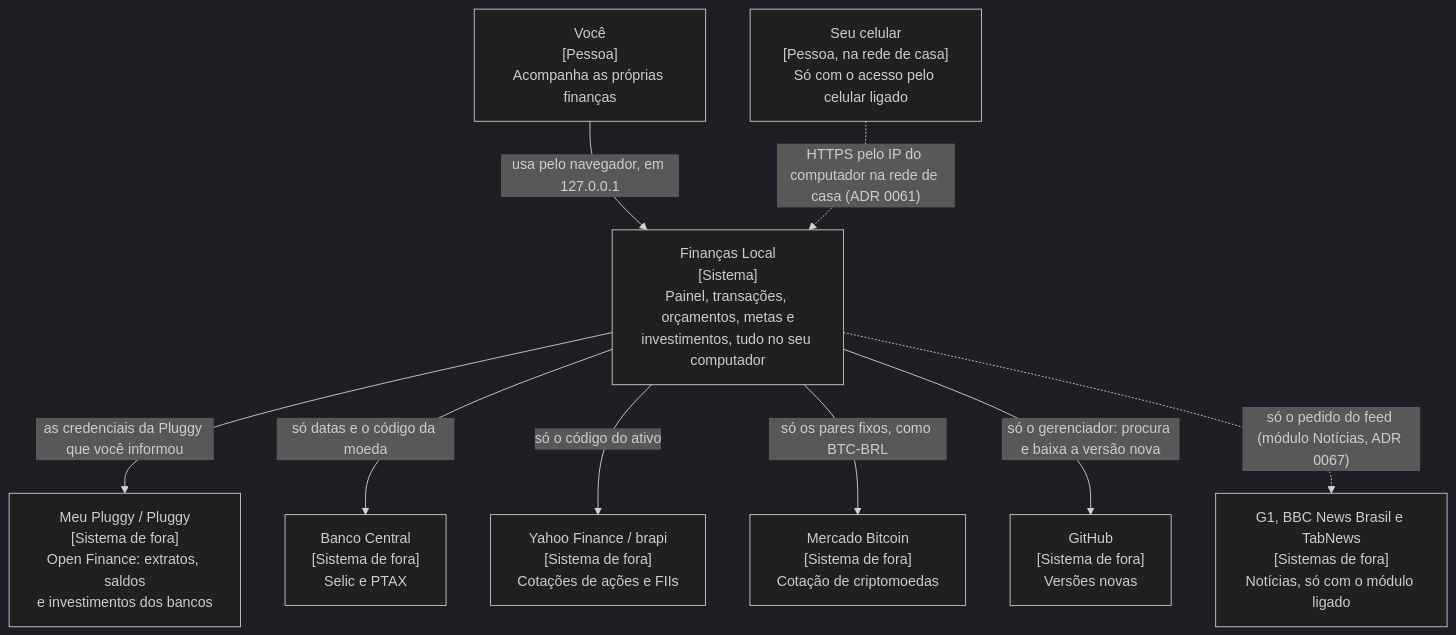
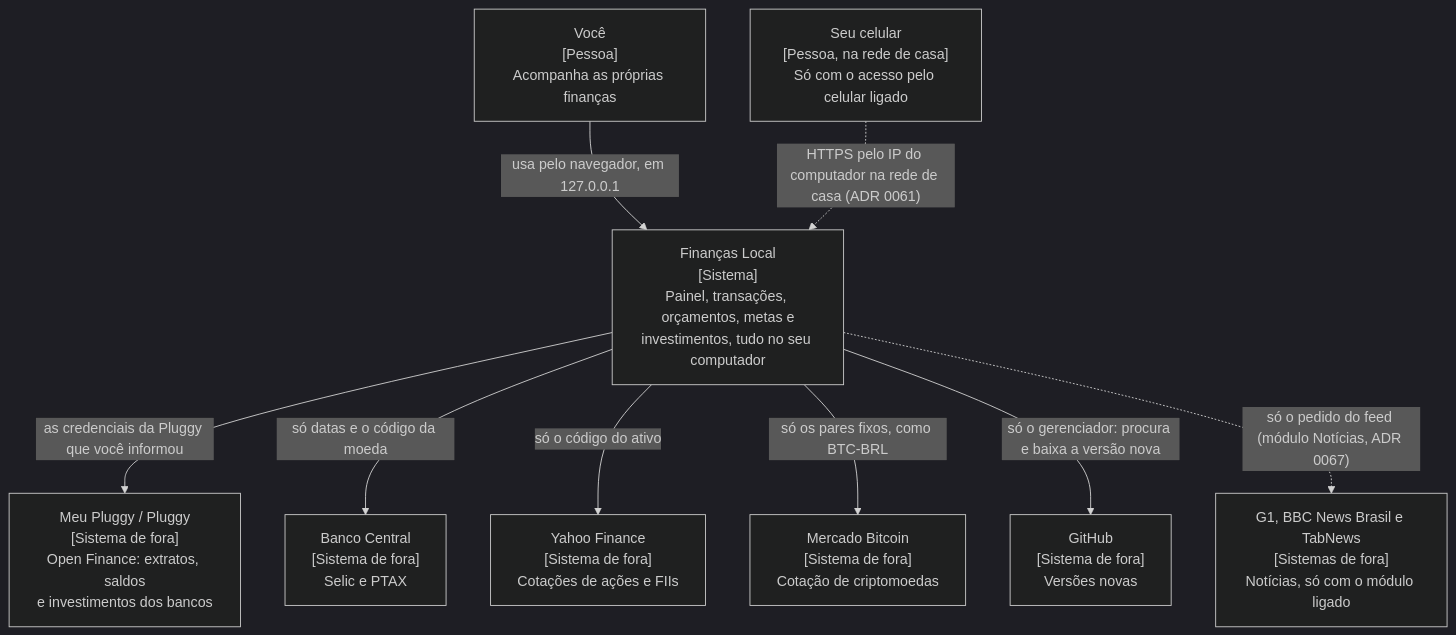
Before and after one commit to LucasDesenvGit/financas-local: the first of 6 diagrams in docs/ARQUITETURA.md, drawn with Mermaid (dark theme). The commit also changed other lines of this file and 49 other files, not shown here.

First line of the commit message:
feat(investimentos): cotações de ações e FIIs só pelo Yahoo, sem a brapi (#763)

````diff
--- a/docs/ARQUITETURA.md
+++ b/docs/ARQUITETURA.md
@@ -11,21 +11,21 @@
 ```mermaid
 flowchart TB
     pessoa["Você<br/>[Pessoa]<br/>Acompanha as próprias finanças"]
     sistema["Finanças Local<br/>[Sistema]<br/>Painel, transações, orçamentos, metas e<br/>investimentos, tudo no seu computador"]
     pluggy["Meu Pluggy / Pluggy<br/>[Sistema de fora]<br/>Open Finance: extratos, saldos<br/>e investimentos dos bancos"]
     bcb["Banco Central<br/>[Sistema de fora]<br/>Selic e PTAX"]
-    cotacoes["Yahoo Finance / brapi<br/>[Sistema de fora]<br/>Cotações de ações e FIIs"]
+    cotacoes["Yahoo Finance<br/>[Sistema de fora]<br/>Cotações de ações e FIIs"]
     mercado["Mercado Bitcoin<br/>[Sistema de fora]<br/>Cotação de criptomoedas"]
     github["GitHub<br/>[Sistema de fora]<br/>Versões novas"]
     noticias["G1, BBC News Brasil e TabNews<br/>[Sistemas de fora]<br/>Notícias, só com o módulo ligado"]
     celular["Seu celular<br/>[Pessoa, na rede de casa]<br/>Só com o acesso pelo celular ligado"]
 
     pessoa -- "usa pelo navegador, em 127.0.0.1" --> sistema
     celular -.->|"HTTPS pelo IP do computador na rede de casa (ADR 0061)"| sistema
     sistema -- "as credenciais da Pluggy que você informou" --> pluggy
     sistema -- "só datas e o código da moeda" --> bcb
     sistema -- "só o código do ativo" --> cotacoes
     sistema -- "só os pares fixos, como BTC-BRL" --> mercado
     sistema -- "só o gerenciador: procura e baixa a versão nova" --> github
     sistema -.->|"só o pedido do feed (módulo Notícias, ADR 0067)"| noticias
 ```
````
